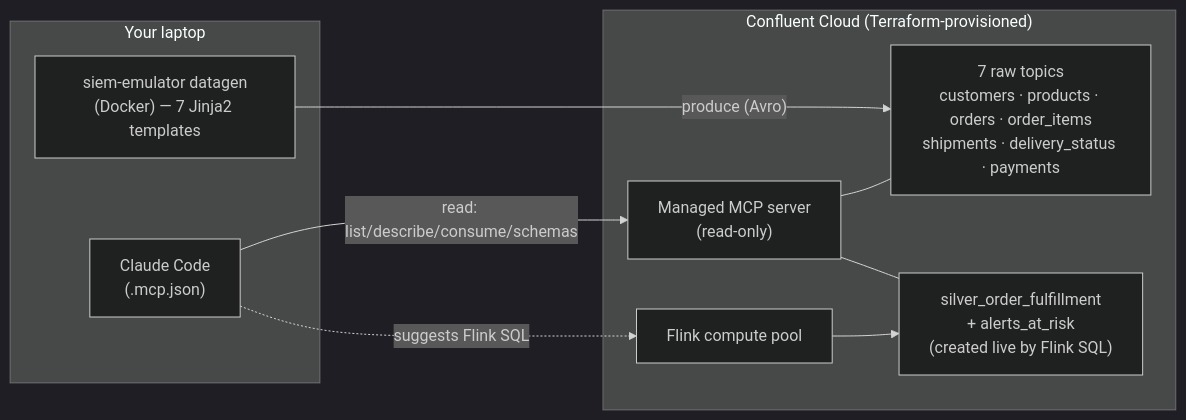
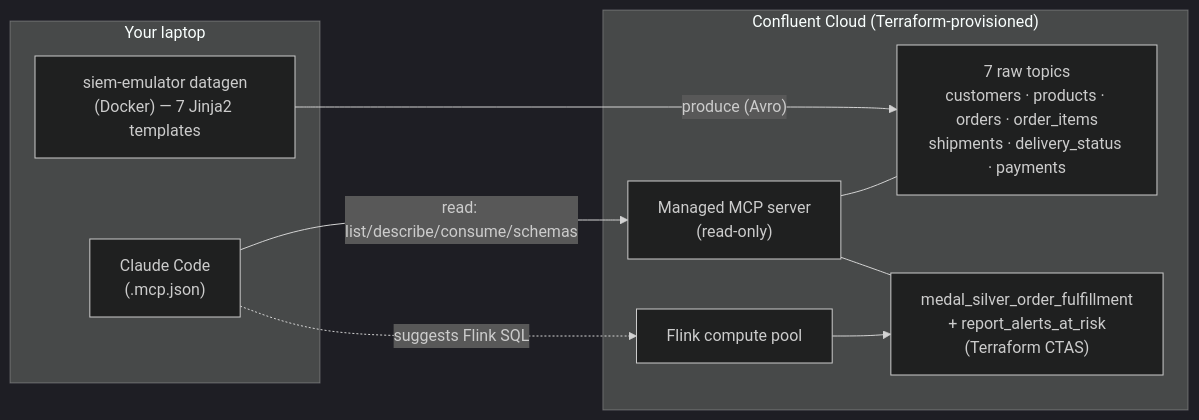
Before and after one commit to ifnesi/siem-emulator: the first of 2 diagrams in demo/DSWT-London-2026/README.md, drawn with Mermaid (dark theme). The commit also changed other lines of this file and 15 other files, not shown here.

First line of the commit message:
DSWT demo: move Flink data products into the main module + rename (medal_/report_)

````diff
--- a/demo/DSWT-London-2026/README.md
+++ b/demo/DSWT-London-2026/README.md
@@ -17,20 +17,20 @@
 ```mermaid
 flowchart LR
   subgraph Local["Your laptop"]
     DG["siem-emulator datagen\n(Docker) — 7 Jinja2 templates"]
     CC_CLI["Claude Code\n(.mcp.json)"]
   end
   subgraph Cloud["Confluent Cloud (Terraform-provisioned)"]
     T["7 raw topics\ncustomers · products · orders · order_items\nshipments · delivery_status · payments"]
     MCP["Managed MCP server\n(read-only)"]
     FLINK["Flink compute pool"]
-    SILVER["silver_order_fulfillment\n+ alerts_at_risk\n(created live by Flink SQL)"]
+    SILVER["medal_silver_order_fulfillment\n+ report_alerts_at_risk\n(Terraform CTAS)"]
   end
 
   DG -- "produce (Avro)" --> T
   CC_CLI -- "read: list/describe/consume/schemas" --> MCP
   MCP --- T
   CC_CLI -. "suggests Flink SQL" .-> FLINK
   FLINK --> SILVER
   MCP --- SILVER
 ```
````
